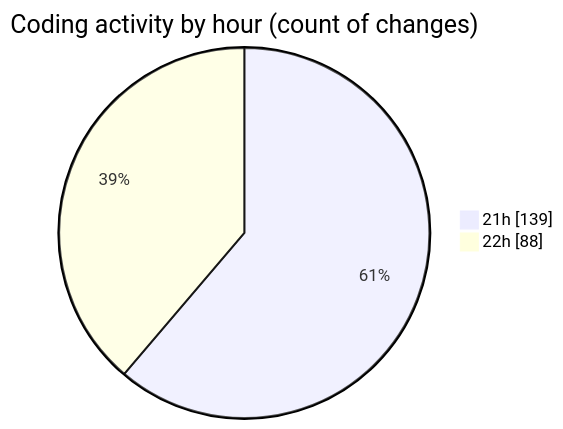
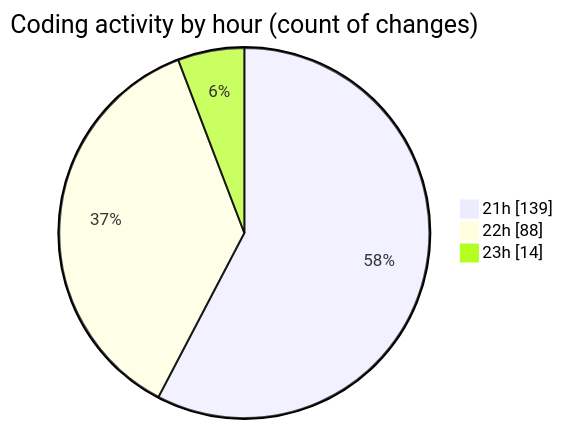
One commit to Ritupan-Deka/code-tracking changed the second of 2 diagrams in 2025-08-03/javascript/README.md. Above: the diagram before and after it, drawn with Mermaid. The commit also changed other lines of this file and 1 other file, not shown here.

````diff
--- a/2025-08-03/javascript/README.md
+++ b/2025-08-03/javascript/README.md
@@ -32,6 +33,7 @@
 ```mermaid
 pie showData
 title Coding activity by hour (count of changes)
 "21h" : 139
 "22h" : 88
+"23h" : 14
 ```
````
